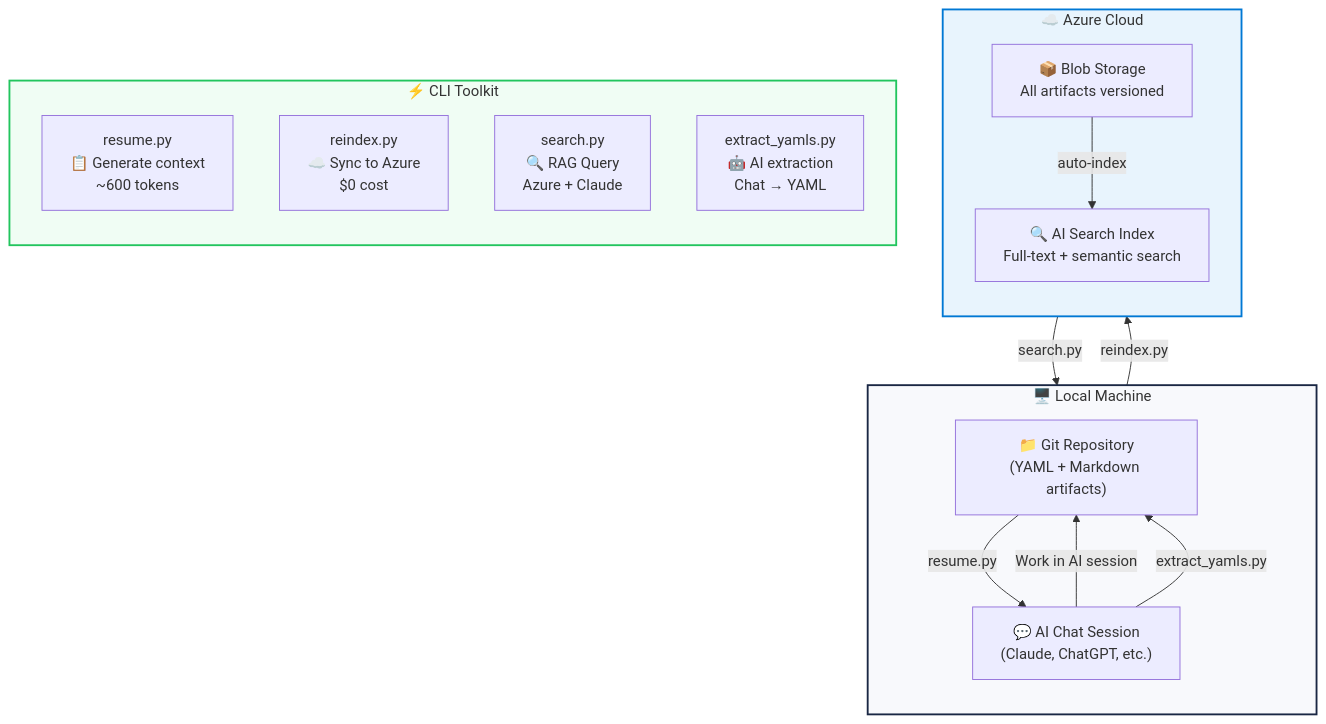
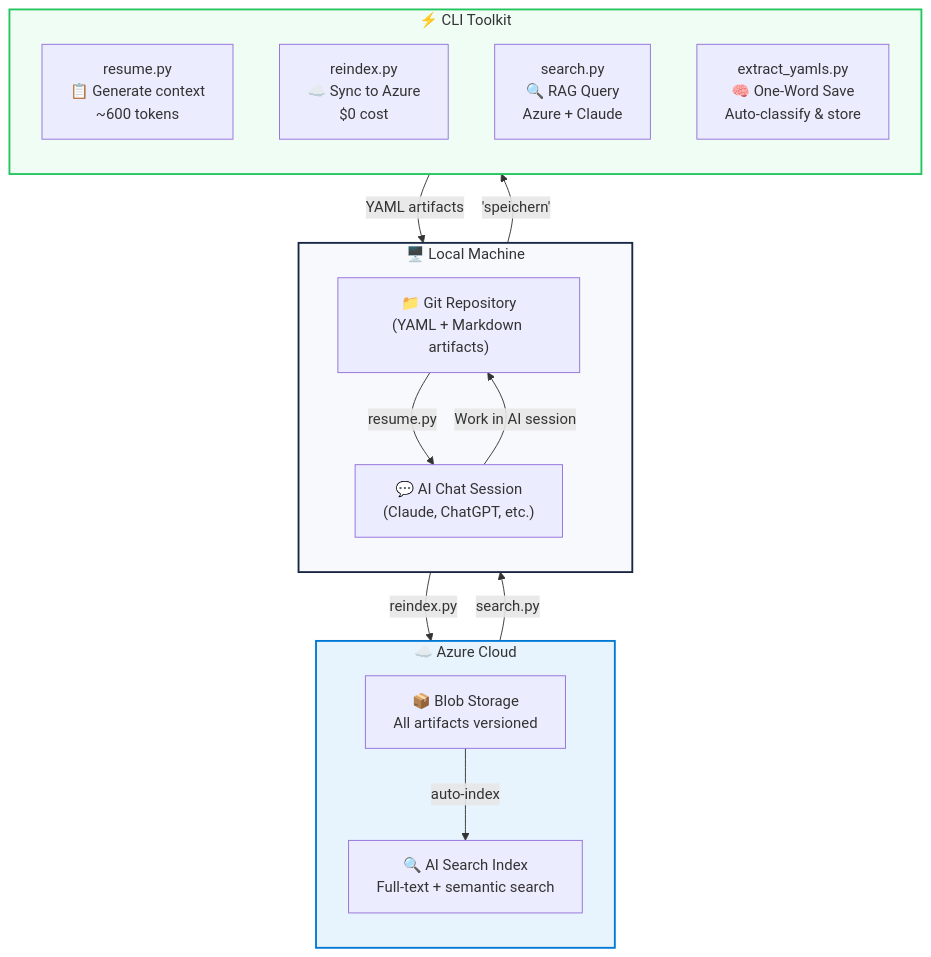
Before and after one commit to MustDemir/ai-context-vault: the second of 3 diagrams in README.md, drawn with Mermaid. The commit also changed other lines of this file, not shown here.

First line of the commit message:
docs: expand Problem to 3 dimensions + One-Word Save feature

````diff
--- a/README.md
+++ b/README.md
@@ -41,33 +98,34 @@
 ```mermaid
 flowchart TB
     subgraph LOCAL["🖥️ Local Machine"]
         direction TB
         GIT["📁 Git Repository\n(YAML + Markdown artifacts)"]
         CHAT["💬 AI Chat Session\n(Claude, ChatGPT, etc.)"]
     end
 
     subgraph AZURE["☁️ Azure Cloud"]
         direction TB
         BLOB["📦 Blob Storage\nAll artifacts versioned"]
         SEARCH["🔍 AI Search Index\nFull-text + semantic search"]
     end
 
     subgraph SCRIPTS["⚡ CLI Toolkit"]
         direction TB
         S1["resume.py\n📋 Generate context\n~600 tokens"]
         S2["reindex.py\n☁️ Sync to Azure\n$0 cost"]
         S3["search.py\n🔍 RAG Query\nAzure + Claude"]
-        S4["extract_yamls.py\n🤖 AI extraction\nChat → YAML"]
+        S4["extract_yamls.py\n🧠 One-Word Save\nAuto-classify & store"]
     end
 
     CHAT -->|"Work in AI session"| GIT
     GIT -->|"reindex.py"| BLOB
     BLOB -->|"auto-index"| SEARCH
     SEARCH -->|"search.py"| CHAT
     GIT -->|"resume.py"| CHAT
-    CHAT -->|"extract_yamls.py"| GIT
+    CHAT -->|"'speichern'"| S4
+    S4 -->|"YAML artifacts"| GIT
 
     style LOCAL fill:#f8f9fc,stroke:#1a2744,stroke-width:2px
     style AZURE fill:#e8f4fd,stroke:#0078D4,stroke-width:2px
     style SCRIPTS fill:#f0fdf4,stroke:#22c55e,stroke-width:2px
 ```
````
